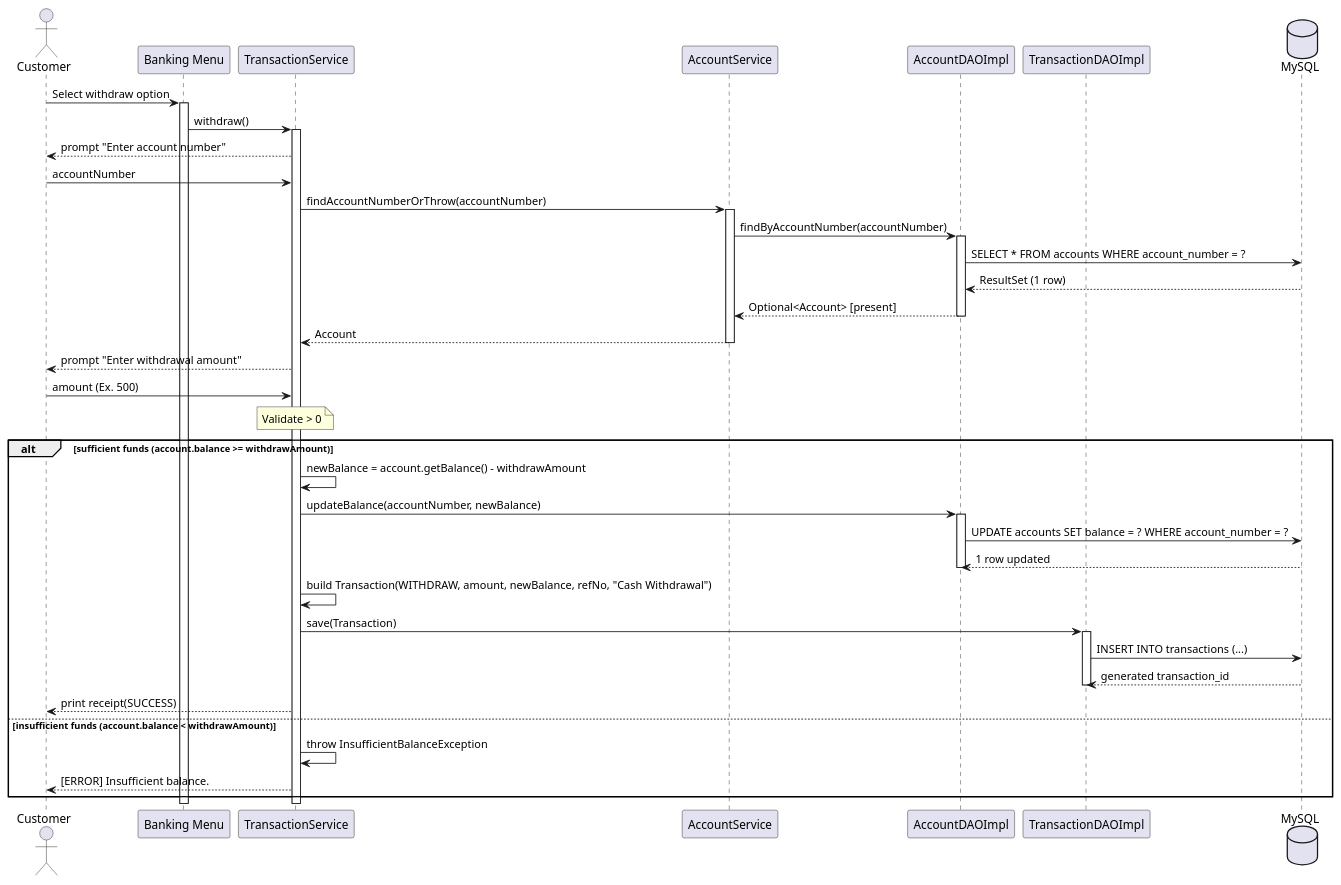
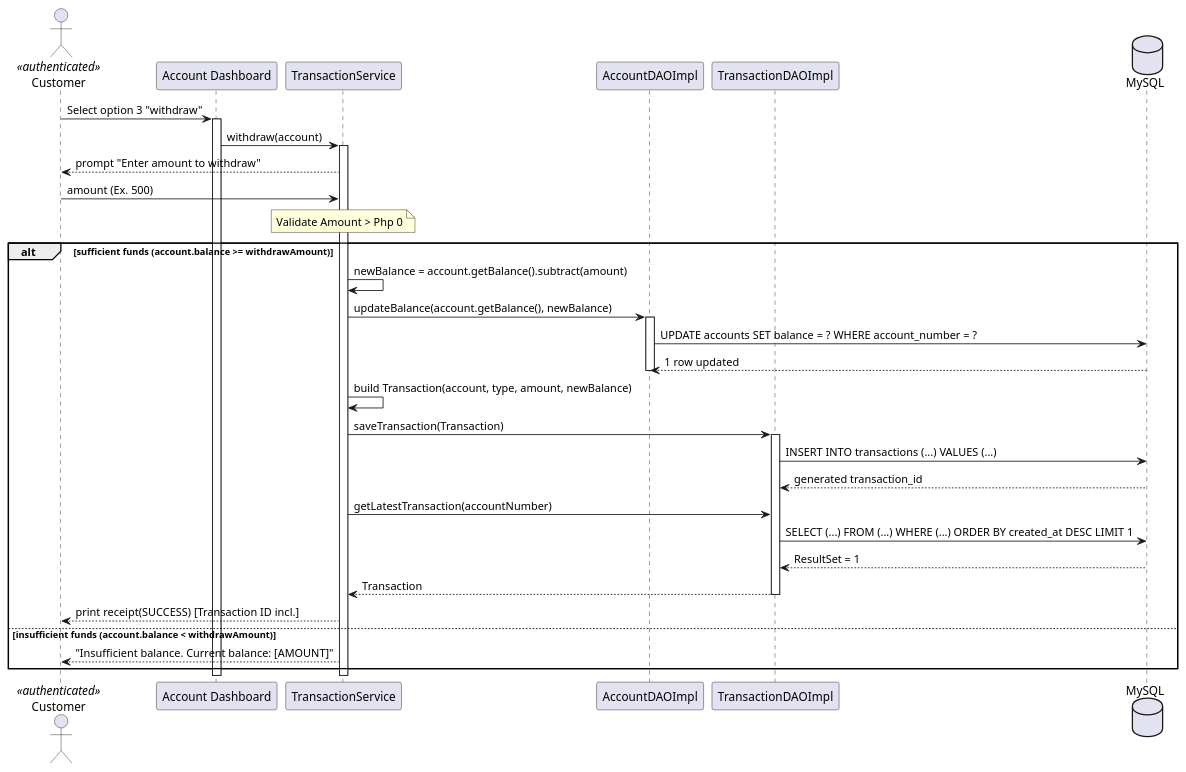
The diagram in uml/sequence-withdraw.puml (rvmchua/prj-project), drawn with PlantUML before and after one commit. The commit also changed 24 other files, not shown here.

```diff
--- a/uml/sequence-withdraw.puml
+++ b/uml/sequence-withdraw.puml
@@ -1,63 +1,47 @@
 @startuml
 
-actor       "Customer"              as c1
-participant "Banking Menu"          as menu
+actor       "Customer"              as c1       <<authenticated>>
+participant "Account Dashboard"     as dash
 participant "TransactionService"    as txnSvc
-participant "AccountService"        as accSvc
 participant "AccountDAOImpl"        as accDAO
 participant "TransactionDAOImpl"    as txnDAO
 database    MySQL                   as db
 
-c1 -> menu : Select withdraw option
-Activate menu
+c1 -> dash : Select option 3 "withdraw"
+Activate dash
 
-menu -> txnSvc : withdraw()
+dash -> txnSvc : withdraw(account)
 Activate txnSvc
 
-txnSvc --> c1 : prompt "Enter account number"
-c1 -> txnSvc: accountNumber
 
-txnSvc -> accSvc : findAccountNumberOrThrow(accountNumber)
-Activate accSvc
+txnSvc --> c1 : prompt "Enter amount to withdraw"
+c1 -> txnSvc : amount (Ex. 500)
 
-accSvc -> accDAO : findByAccountNumber(accountNumber)
-Activate accDAO
-
-accDAO -> db : SELECT * FROM accounts WHERE account_number = ?
-db --> accDAO : ResultSet (1 row)
-accDAO --> accSvc : Optional<Account> [present]
-Deactivate accDAO
-
-accSvc --> txnSvc : Account
-Deactivate accSvc
-
-
-txnSvc --> c1 : prompt "Enter withdrawal amount"
-c1 -> txnSvc : amount (Ex. 500)
-note over txnSvc : Validate > 0
+note over txnSvc : Validate Amount > Php 0
 
 alt sufficient funds (account.balance >= withdrawAmount)
-    txnSvc -> txnSvc : newBalance = account.getBalance() - withdrawAmount
-    txnSvc -> accDAO : updateBalance(accountNumber, newBalance)
+    txnSvc -> txnSvc : newBalance = account.getBalance().subtract(amount)
+    txnSvc -> accDAO : updateBalance(account.getBalance(), newBalance)
     Activate accDAO
     accDAO -> db : UPDATE accounts SET balance = ? WHERE account_number = ?
     db --> accDAO : 1 row updated
     Deactivate accDAO
 
-    txnSvc -> txnSvc : build Transaction(WITHDRAW, amount, newBalance, refNo, "Cash Withdrawal")
-    txnSvc -> txnDAO : save(Transaction)
+    txnSvc -> txnSvc : build Transaction(account, type, amount, newBalance)
+    txnSvc -> txnDAO : saveTransaction(Transaction)
     Activate txnDAO
-    txnDAO -> db : INSERT INTO transactions (...)
+    txnDAO -> db : INSERT INTO transactions (...) VALUES (...)
     db --> txnDAO : generated transaction_id
+    txnSvc -> txnDAO : getLatestTransaction(accountNumber)
+    txnDAO -> db : SELECT (...) FROM (...) WHERE (...) ORDER BY created_at DESC LIMIT 1
+    db --> txnDAO : ResultSet = 1
+    txnDAO --> txnSvc : Transaction
     Deactivate txnDAO
 
-    txnSvc --> c1 : print receipt(SUCCESS)
+    txnSvc --> c1 : print receipt(SUCCESS) [Transaction ID incl.]
 
 else insufficient funds (account.balance < withdrawAmount)
-    txnSvc -> txnSvc : throw InsufficientBalanceException
-    txnSvc --> c1 : [ERROR] Insufficient balance.
+    txnSvc --> c1 : "Insufficient balance. Current balance: [AMOUNT]"
 end
 
-
-
 @enduml
```
